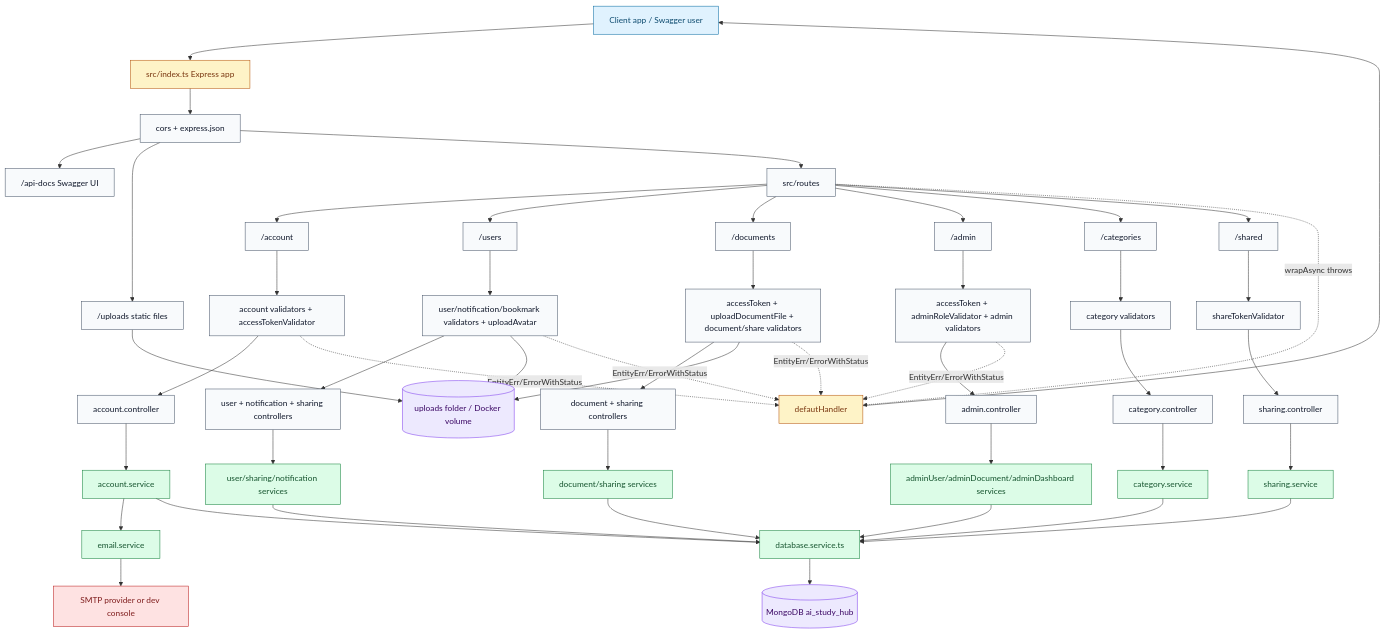
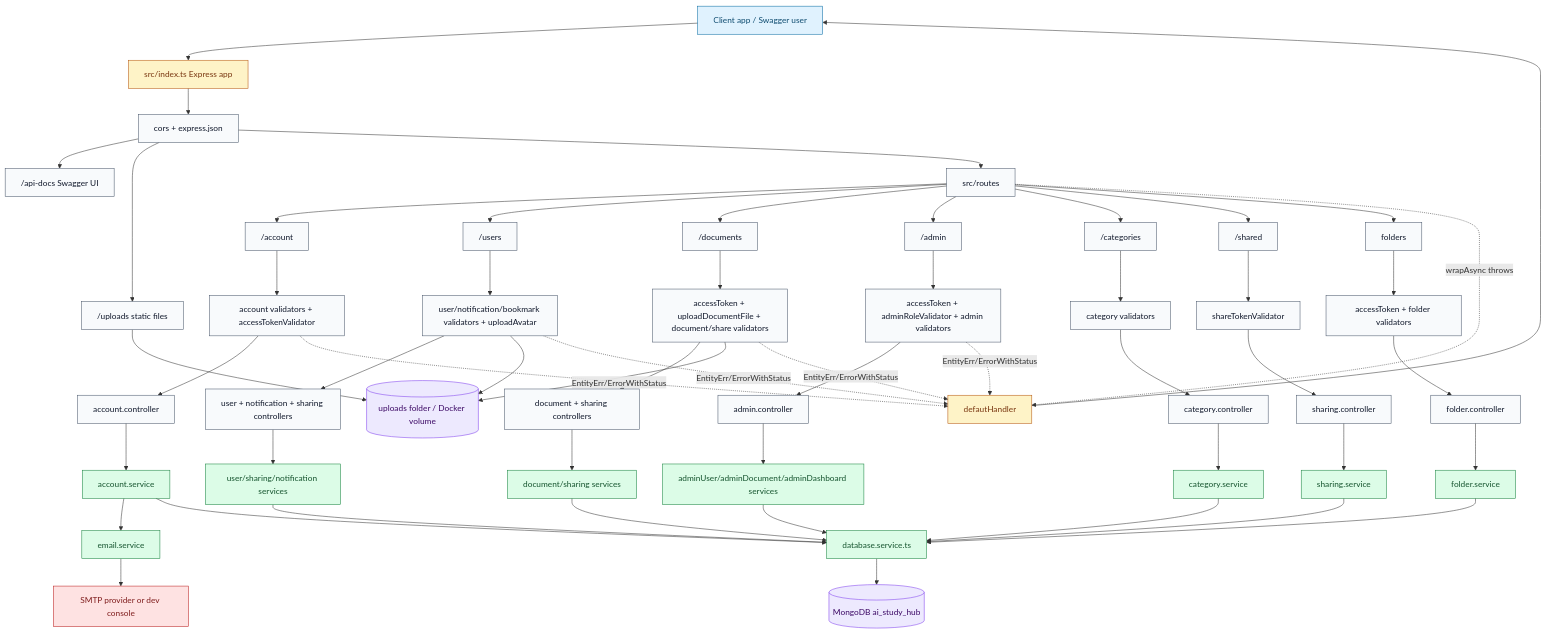
The first of 6 diagrams in docs/SystemArchitecture.md (Hiamoutgame/AI-Study-Hub), drawn with Mermaid before and after one commit. The commit also changed other lines of this file and 20 other files, not shown here.

````diff
--- a/docs/SystemArchitecture.md
+++ b/docs/SystemArchitecture.md
@@ -38,48 +38,51 @@
 ```mermaid
 flowchart TB
   classDef client fill:#e0f2fe,stroke:#0369a1,color:#0c4a6e
   classDef entry fill:#fef3c7,stroke:#b45309,color:#78350f
   classDef layer fill:#f8fafc,stroke:#475569,color:#0f172a
   classDef service fill:#dcfce7,stroke:#15803d,color:#14532d
   classDef data fill:#ede9fe,stroke:#7c3aed,color:#3b0764
   classDef external fill:#fee2e2,stroke:#b91c1c,color:#7f1d1d
 
   Client[Client app / Swagger user]:::client --> Index[src/index.ts Express app]:::entry
   Index --> CORS[cors + express.json]:::layer
   CORS --> Swagger["/api-docs Swagger UI"]:::layer
   CORS --> Static["/uploads static files"]:::layer
   CORS --> Routes[src/routes]:::layer
 
   Routes --> Account["/account"]:::layer
   Routes --> Users["/users"]:::layer
   Routes --> Documents["/documents"]:::layer
   Routes --> Admin["/admin"]:::layer
   Routes --> Categories["/categories"]:::layer
   Routes --> Shared["/shared"]:::layer
 
+  Routes --> Folders[folders]:::layer
   Account --> AccountMW[account validators + accessTokenValidator]:::layer --> AccountCtl[account.controller]:::layer --> AccountSvc[account.service]:::service
   Users --> UserMW[user/notification/bookmark validators + uploadAvatar]:::layer --> UserCtl[user + notification + sharing controllers]:::layer --> UserSvc[user/sharing/notification services]:::service
   Documents --> DocMW[accessToken + uploadDocumentFile + document/share validators]:::layer --> DocCtl[document + sharing controllers]:::layer --> DocSvc[document/sharing services]:::service
   Admin --> AdminMW[accessToken + adminRoleValidator + admin validators]:::layer --> AdminCtl[admin.controller]:::layer --> AdminSvc[adminUser/adminDocument/adminDashboard services]:::service
   Categories --> CategoryMW[category validators]:::layer --> CategoryCtl[category.controller]:::layer --> CategorySvc[category.service]:::service
   Shared --> ShareMW[shareTokenValidator]:::layer --> ShareCtl[sharing.controller]:::layer --> ShareSvc[sharing.service]:::service
+  Folders --> FolderMW[accessToken + folder validators]:::layer --> FolderCtl[folder.controller]:::layer --> FolderSvc[folder.service]:::service
 
   AccountSvc --> EmailSvc[email.service]:::service --> SMTP[SMTP provider or dev console]:::external
   AccountSvc --> DBService[database.service.ts]:::service
   UserSvc --> DBService
   DocSvc --> DBService
   AdminSvc --> DBService
   CategorySvc --> DBService
   ShareSvc --> DBService
+  FolderSvc --> DBService
   Static --> Uploads[(uploads folder / Docker volume)]:::data
   DocMW --> Uploads
   UserMW --> Uploads
   DBService --> Mongo[(MongoDB ai_study_hub)]:::data
 
   Routes -. wrapAsync throws .-> ErrorHandler[defautHandler]:::entry
   AccountMW -. EntityErr/ErrorWithStatus .-> ErrorHandler
   UserMW -. EntityErr/ErrorWithStatus .-> ErrorHandler
   DocMW -. EntityErr/ErrorWithStatus .-> ErrorHandler
   AdminMW -. EntityErr/ErrorWithStatus .-> ErrorHandler
   ErrorHandler --> Client
 ```
````
